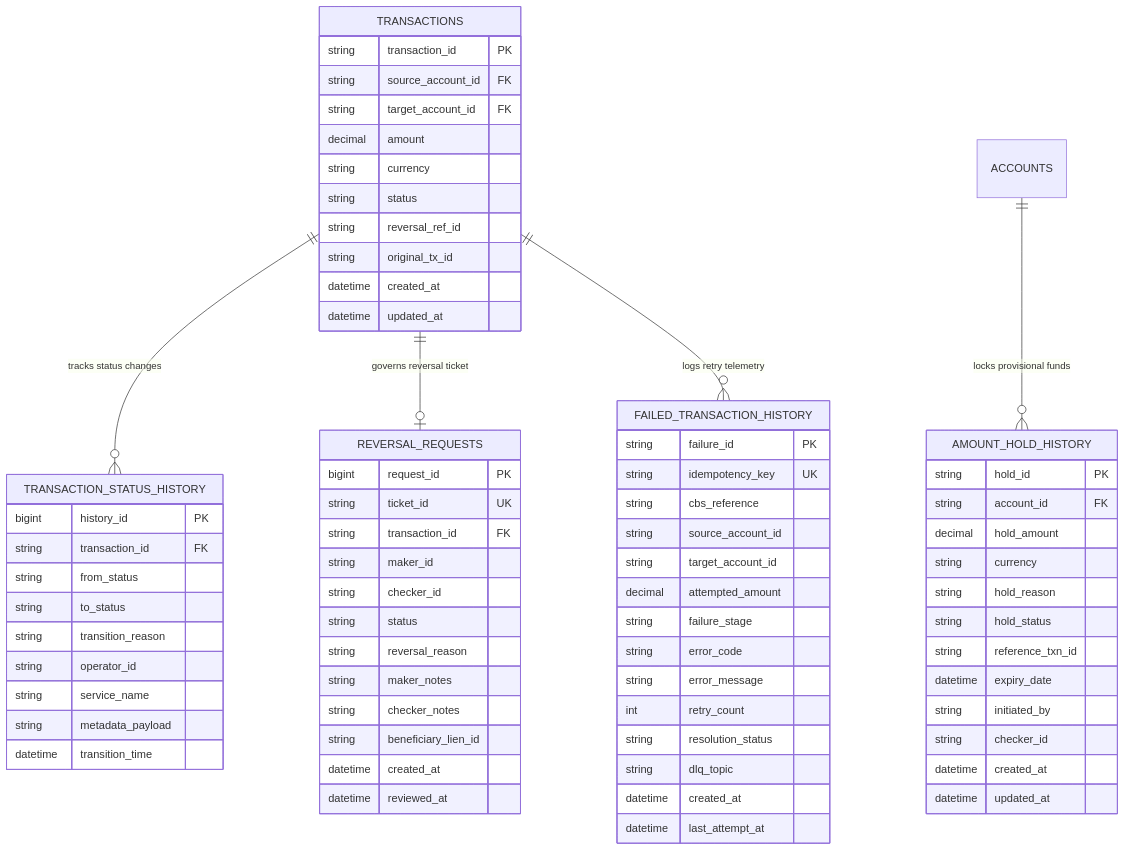
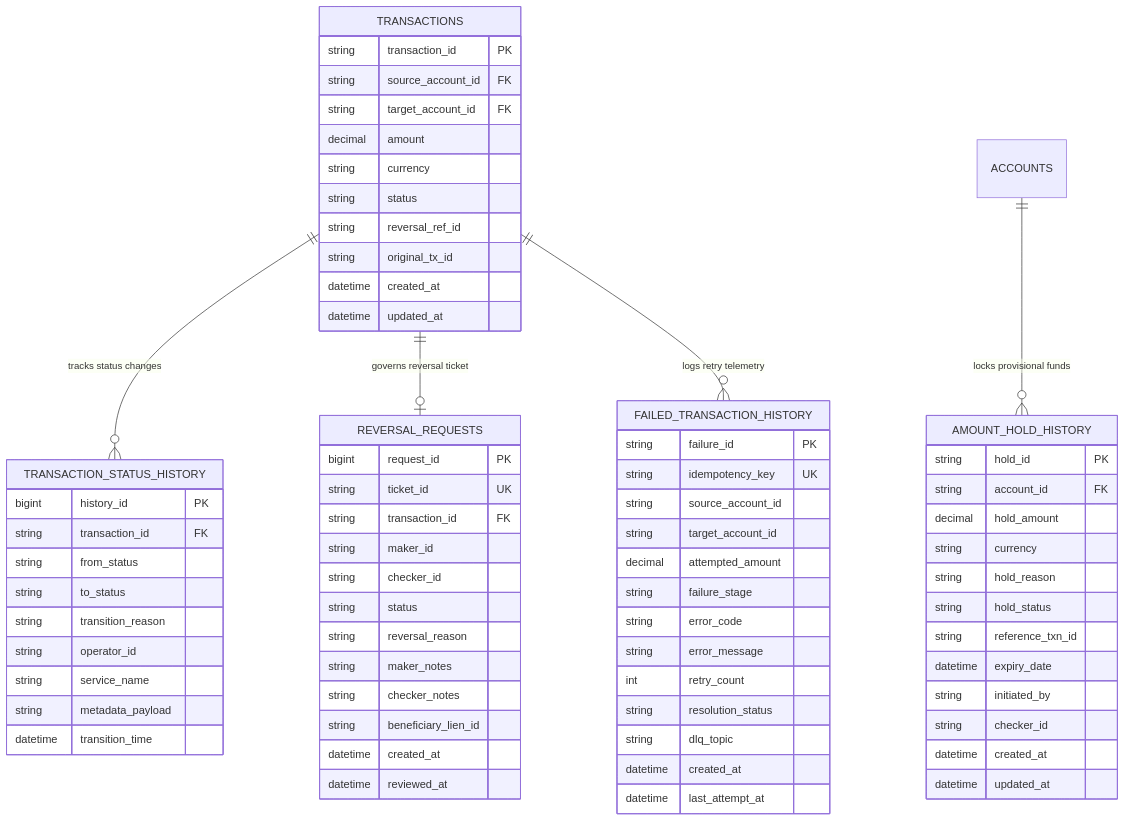
One commit to romzelmadidev/group3_fse_capstone changed the first of 4 diagrams in docs/architecture/CORE_FEATURES_DIAGRAMS.md. Above: the diagram before and after it, drawn with Mermaid. The commit also changed other lines of this file, not shown here.

````diff
--- a/docs/architecture/CORE_FEATURES_DIAGRAMS.md
+++ b/docs/architecture/CORE_FEATURES_DIAGRAMS.md
@@ -61,79 +61,78 @@
 ```mermaid
 erDiagram
     TRANSACTIONS ||--o{ TRANSACTION_STATUS_HISTORY : "tracks status changes"
     TRANSACTIONS ||--o| REVERSAL_REQUESTS : "governs reversal ticket"
     ACCOUNTS ||--o{ AMOUNT_HOLD_HISTORY : "locks provisional funds"
     TRANSACTIONS ||--o{ FAILED_TRANSACTION_HISTORY : "logs retry telemetry"
 
     TRANSACTIONS {
         string transaction_id PK
         string source_account_id FK
         string target_account_id FK
         decimal amount
         string currency
         string status
         string reversal_ref_id
         string original_tx_id
         datetime created_at
         datetime updated_at
     }
 
     TRANSACTION_STATUS_HISTORY {
         bigint history_id PK
         string transaction_id FK
         string from_status
         string to_status
         string transition_reason
         string operator_id
         string service_name
         string metadata_payload
         datetime transition_time
     }
 
     REVERSAL_REQUESTS {
         bigint request_id PK
         string ticket_id UK
         string transaction_id FK
         string maker_id
         string checker_id
         string status
         string reversal_reason
         string maker_notes
         string checker_notes
         string beneficiary_lien_id
         datetime created_at
         datetime reviewed_at
     }
 
     AMOUNT_HOLD_HISTORY {
         string hold_id PK
         string account_id FK
         decimal hold_amount
         string currency
         string hold_reason
         string hold_status
         string reference_txn_id
         datetime expiry_date
         string initiated_by
         string checker_id
         datetime created_at
         datetime updated_at
     }
 
     FAILED_TRANSACTION_HISTORY {
         string failure_id PK
         string idempotency_key UK
-        string cbs_reference
         string source_account_id
         string target_account_id
         decimal attempted_amount
         string failure_stage
         string error_code
         string error_message
         int retry_count
         string resolution_status
         string dlq_topic
         datetime created_at
         datetime last_attempt_at
     }
 ```
````
